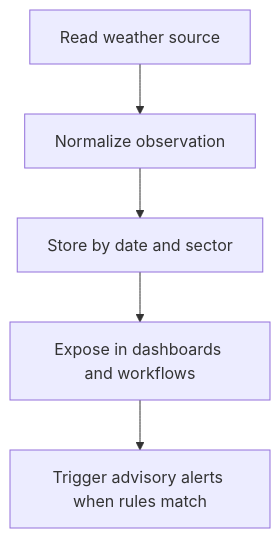
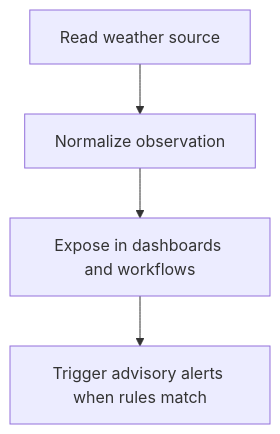
One commit to Dario849/AppGro changed the diagram in docs/domain/weather/spec.en.md. Above: the diagram before and after it, drawn with Mermaid. The commit also changed other lines of this file and 26 other files, not shown here.

````diff
--- a/docs/domain/weather/spec.en.md
+++ b/docs/domain/weather/spec.en.md
@@ -22,7 +23,4 @@
 ```mermaid
 flowchart TD
-    A[Read weather source] --> B[Normalize observation]
-    B --> C[Store by date and sector]
-    C --> D[Expose in dashboards and workflows]
-    D --> E[Trigger advisory alerts when rules match]
+    A[Read weather source] --> B[Normalize observation] --> C[Expose in dashboards and workflows] --> D[Trigger advisory alerts when rules match]
 ```
````
